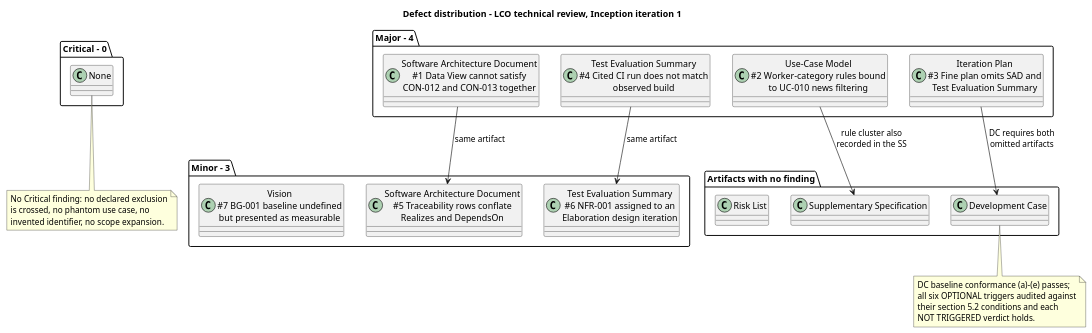
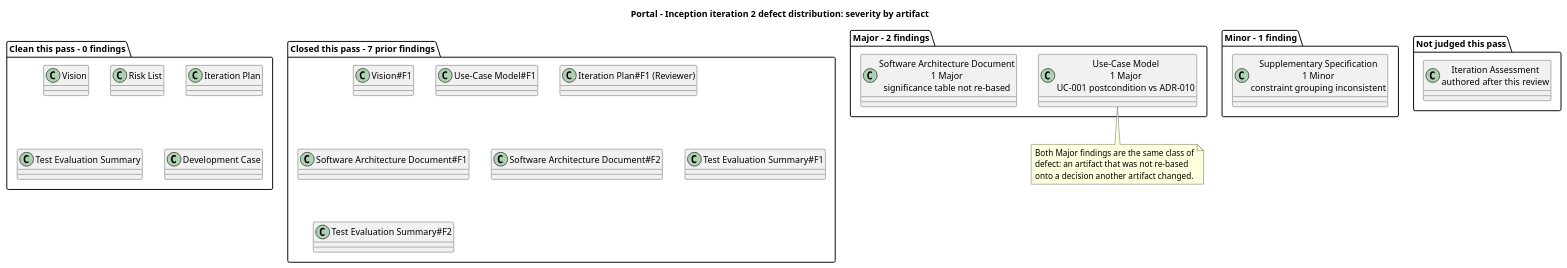
Before and after one commit to banense-test/portal: the tenth of 21 diagrams in docs/artifacts/project-management/review-record.md, drawn with PlantUML. The commit also changed other lines of this file, not shown here.

First line of the commit message:
Reviewer [I2]: upsert Review Record

````diff
--- a/docs/artifacts/project-management/review-record.md
+++ b/docs/artifacts/project-management/review-record.md
@@ -647,46 +611,42 @@
 ```plantuml
 @startuml
-title Defect distribution - LCO technical review, Inception iteration 1
+title Portal - Inception iteration 2 defect distribution: severity by artifact
 
-package "Major - 4" {
-  class "Software Architecture Document\n#1 Data View cannot satisfy\nCON-012 and CON-013 together" as M1
-  class "Use-Case Model\n#2 Worker-category rules bound\nto UC-010 news filtering" as M2
-  class "Iteration Plan\n#3 Fine plan omits SAD and\nTest Evaluation Summary" as M3
-  class "Test Evaluation Summary\n#4 Cited CI run does not match\nobserved build" as M4
+package "Major - 2 findings" {
+  class "Use-Case Model\n1 Major\nUC-001 postcondition vs ADR-010" as M1
+  class "Software Architecture Document\n1 Major\nsignificance table not re-based" as M2
 }
 
-package "Minor - 3" {
-  class "Software Architecture Document\n#5 Traceability rows conflate\nRealizes and DependsOn" as N1
-  class "Test Evaluation Summary\n#6 NFR-001 assigned to an\nElaboration design iteration" as N2
-  class "Vision\n#7 BG-001 baseline undefined\nbut presented as measurable" as N3
+package "Minor - 1 finding" {
+  class "Supplementary Specification\n1 Minor\nconstraint grouping inconsistent" as N1
 }
 
-package "Critical - 0" {
-  class "None" as C0
+package "Clean this pass - 0 findings" {
+  class "Vision" as C1
+  class "Risk List" as C2
+  class "Iteration Plan" as C3
+  class "Test Evaluation Summary" as C4
+  class "Development Case" as C5
 }
 
-package "Artifacts with no finding" {
-  class "Development Case" as OK1
-  class "Supplementary Specification" as OK2
-  class "Risk List" as OK3
+package "Not judged this pass" {
+  class "Iteration Assessment\nauthored after this review" as X1
 }
 
-M1 --> N1 : same artifact
-M4 --> N2 : same artifact
-M2 --> OK2 : rule cluster also\nrecorded in the SS
-M3 --> OK1 : DC requires both\nomitted artifacts
+package "Closed this pass - 7 prior findings" {
+  class "Vision#F1" as R1
+  class "Use-Case Model#F1" as R2
+  class "Iteration Plan#F1 (Reviewer)" as R3
+  class "Software Architecture Document#F1" as R4
+  class "Software Architecture Document#F2" as R5
+  class "Test Evaluation Summary#F1" as R6
+  class "Test Evaluation Summary#F2" as R7
+}
 
-note bottom of C0
-  No Critical finding: no declared exclusion
-  is crossed, no phantom use case, no
-  invented identifier, no scope expansion.
-end note
-
-note bottom of OK1
-  DC baseline conformance (a)-(e) passes;
-  all six OPTIONAL triggers audited against
-  their section 5.2 conditions and each
-  NOT TRIGGERED verdict holds.
+note bottom of M1
+  Both Major findings are the same class of
+  defect: an artifact that was not re-based
+  onto a decision another artifact changed.
 end note
 @enduml
 ```
````
